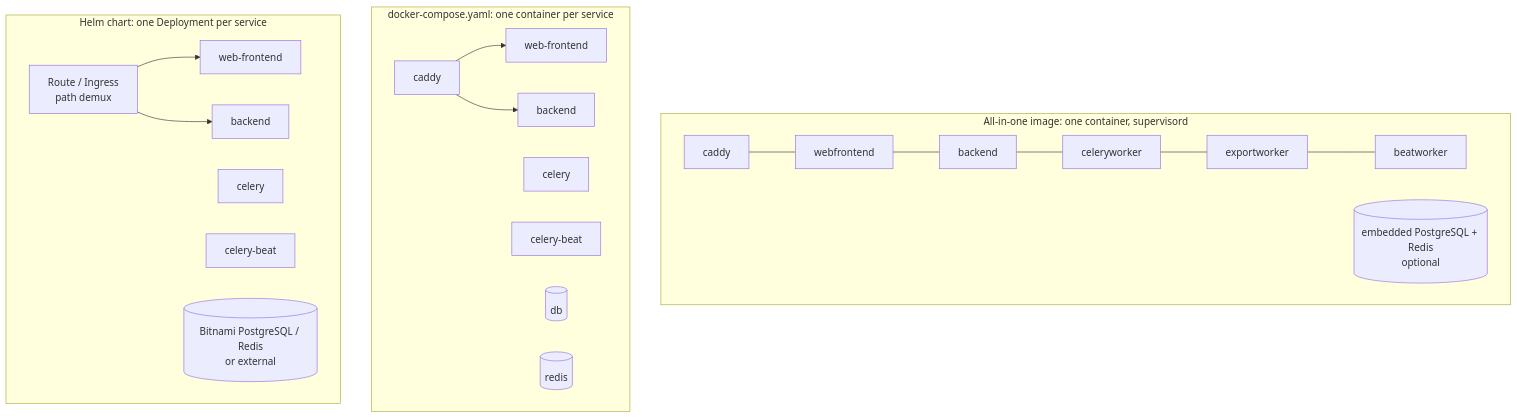
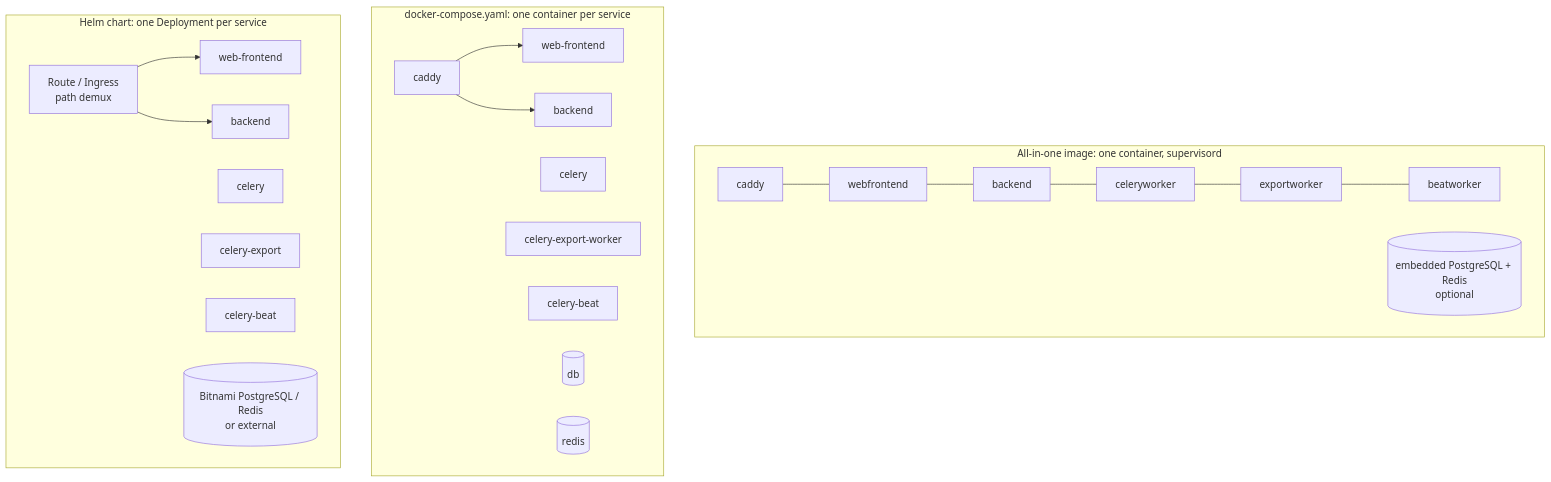
One commit to carneirofc/baserow changed the second of 8 diagrams in docs/architecture.md. Above: the diagram before and after it, drawn with Mermaid. The commit also changed other lines of this file and 9 other files, not shown here.

First line of the commit message:
fix(deploy): run the Celery export worker in Compose and Helm

````diff
--- a/docs/architecture.md
+++ b/docs/architecture.md
@@ -72,25 +72,25 @@
 ```mermaid
 flowchart TB
     subgraph aio[All-in-one image: one container, supervisord]
         direction LR
         a1[caddy] --- a2[webfrontend] --- a3[backend]
         a3 --- a4[celeryworker] --- a5[exportworker] --- a6[beatworker]
         a7[(embedded PostgreSQL + Redis<br/>optional)]
     end
 
     subgraph compose[docker-compose.yaml: one container per service]
         direction LR
         c1[caddy] --> c2[web-frontend]
         c1 --> c3[backend]
-        c4[celery] & c5[celery-beat]
+        c4[celery] & c8[celery-export-worker] & c5[celery-beat]
         c6[(db)] & c7[(redis)]
     end
 
     subgraph helm[Helm chart: one Deployment per service]
         direction LR
         h1[Route / Ingress<br/>path demux] --> h2[web-frontend]
         h1 --> h3[backend]
-        h4[celery] & h5[celery-beat]
+        h4[celery] & h8[celery-export] & h5[celery-beat]
         h6[(Bitnami PostgreSQL / Redis<br/>or external)]
     end
 ```
````
